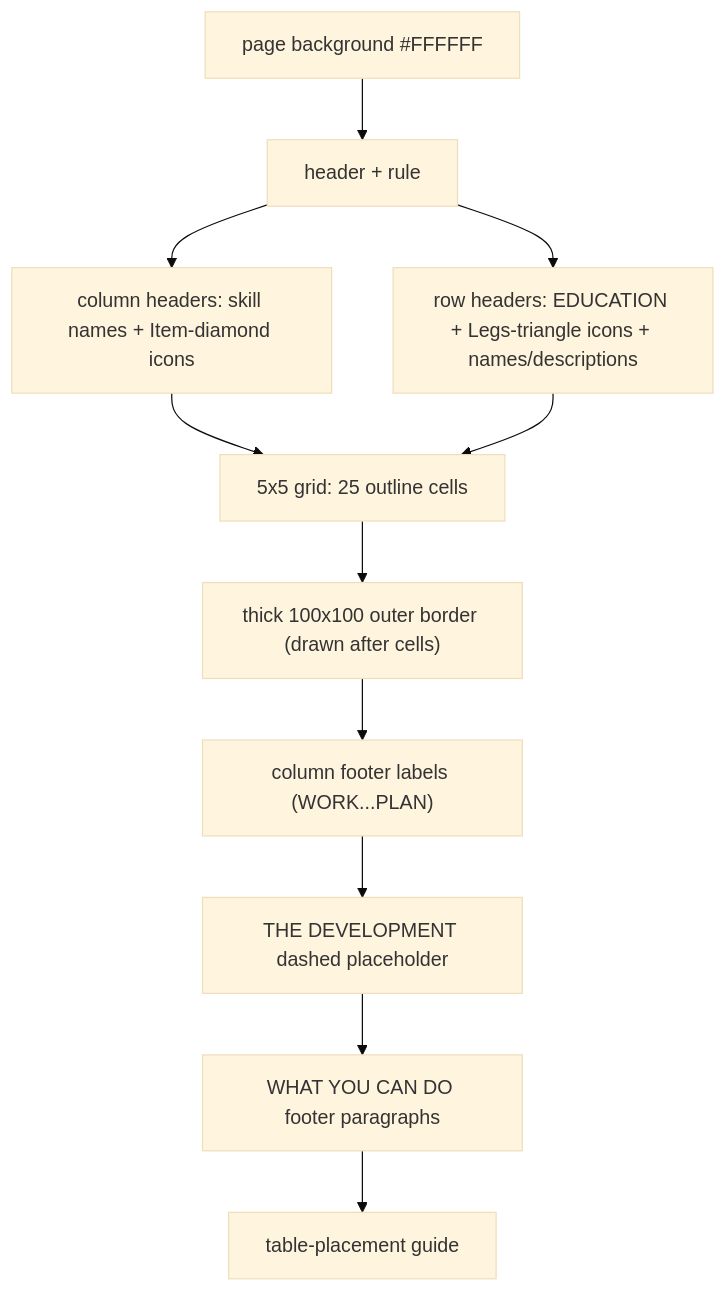
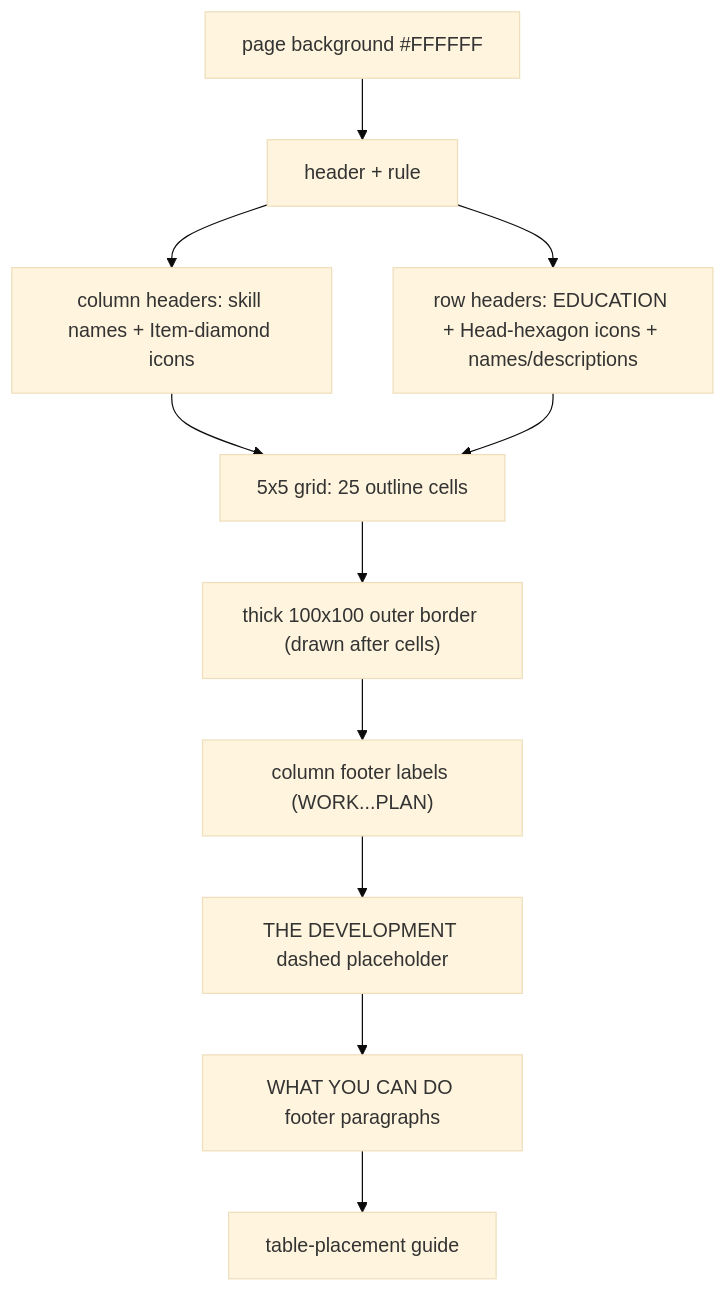
One commit to Hegerstrand/seven-weeks changed the eighth of 11 diagrams in components/specs/boards.md. Above: the diagram before and after it, drawn with Mermaid (base theme). The commit also changed other lines of this file and 27 other files, not shown here.

````diff
--- a/components/specs/boards.md
+++ b/components/specs/boards.md
@@ -610,13 +615,13 @@
 ```mermaid
 graph TD
   A["page background #FFFFFF"] --> B["header + rule"]
   B --> C["column headers: skill names + Item-diamond icons"]
-  B --> D["row headers: EDUCATION + Legs-triangle icons + names/descriptions"]
+  B --> D["row headers: EDUCATION + Head-hexagon icons + names/descriptions"]
   C --> E["5x5 grid: 25 outline cells"]
   D --> E
   E --> F["thick 100x100 outer border (drawn after cells)"]
   F --> G["column footer labels (WORK...PLAN)"]
   G --> H["THE DEVELOPMENT dashed placeholder"]
   H --> I["WHAT YOU CAN DO footer paragraphs"]
   I --> J["table-placement guide"]
 ```
````
